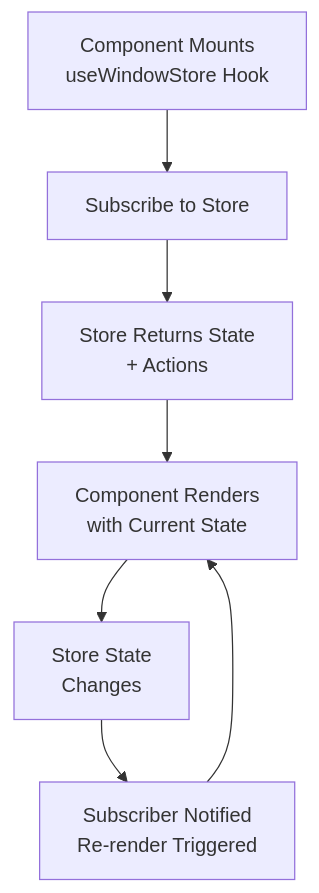
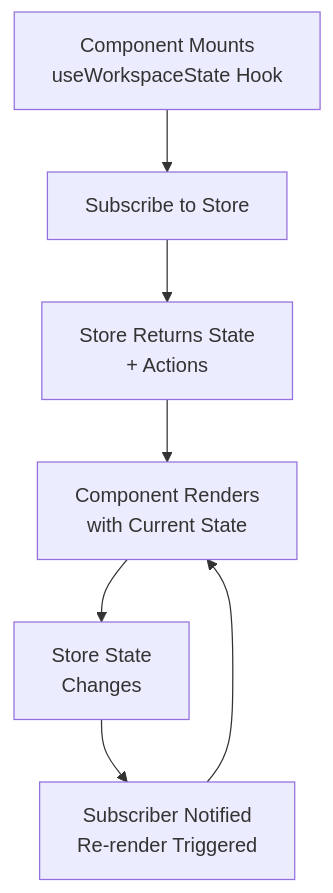
The fourth of 13 diagrams in docs/DATA_FLOW.md (NatsuDrag9/portfolio-os), drawn with Mermaid before and after one commit. The commit also changed other lines of this file and 7 other files, not shown here.

Commit message:
docs(app): correct architecture doc and add more docs

````diff
--- a/docs/DATA_FLOW.md
+++ b/docs/DATA_FLOW.md
@@ -103,13 +103,13 @@
 ```mermaid
 graph TD
-    A["Component Mounts<br/>useWindowStore Hook"]
+    A["Component Mounts<br/>useWorkspaceState Hook"]
     B["Subscribe to Store"]
     C["Store Returns State<br/>+ Actions"]
 
     A --> B --> C
 
     C --> D["Component Renders<br/>with Current State"]
     D --> E["Store State<br/>Changes"]
     E --> F["Subscriber Notified<br/>Re-render Triggered"]
     F --> D
 ```
````
